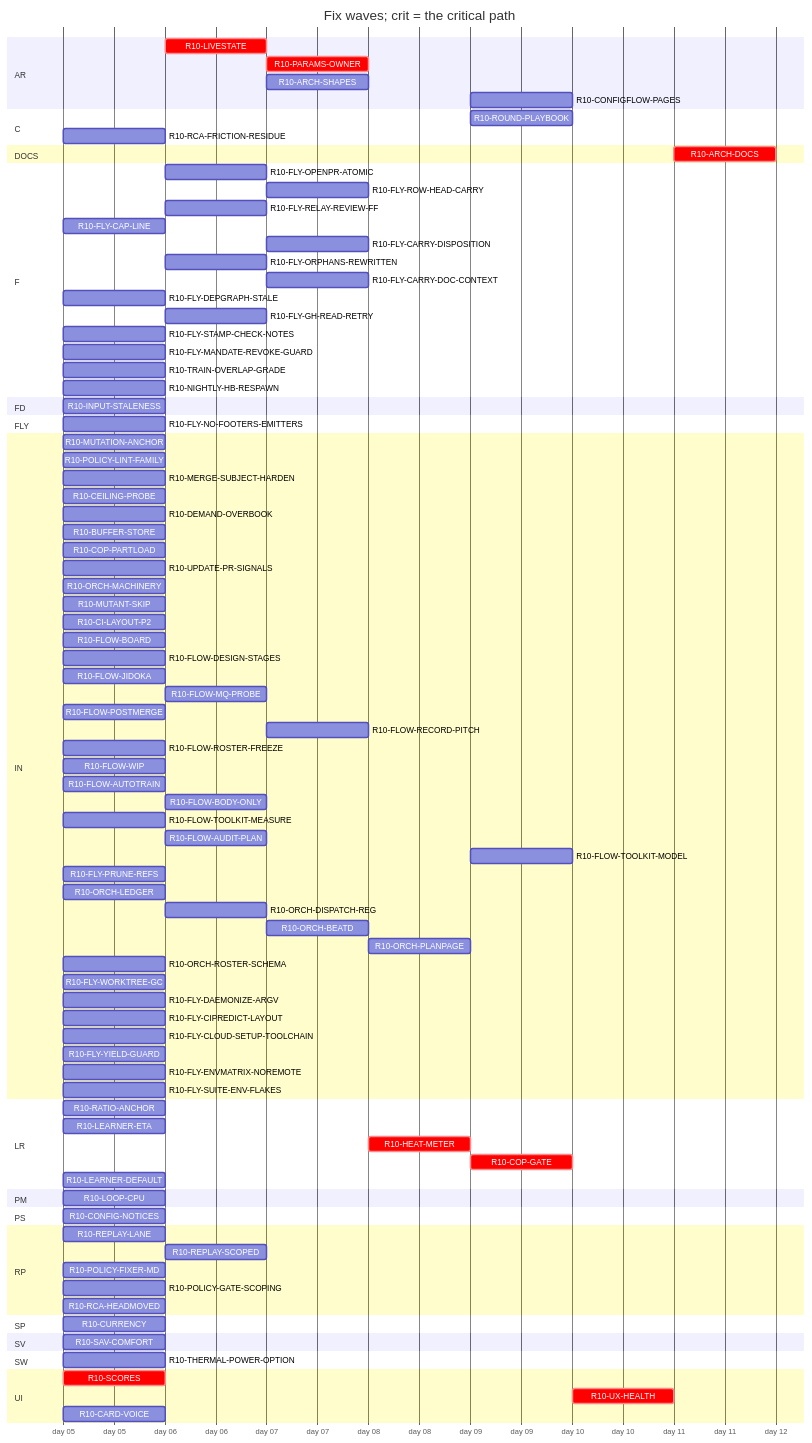
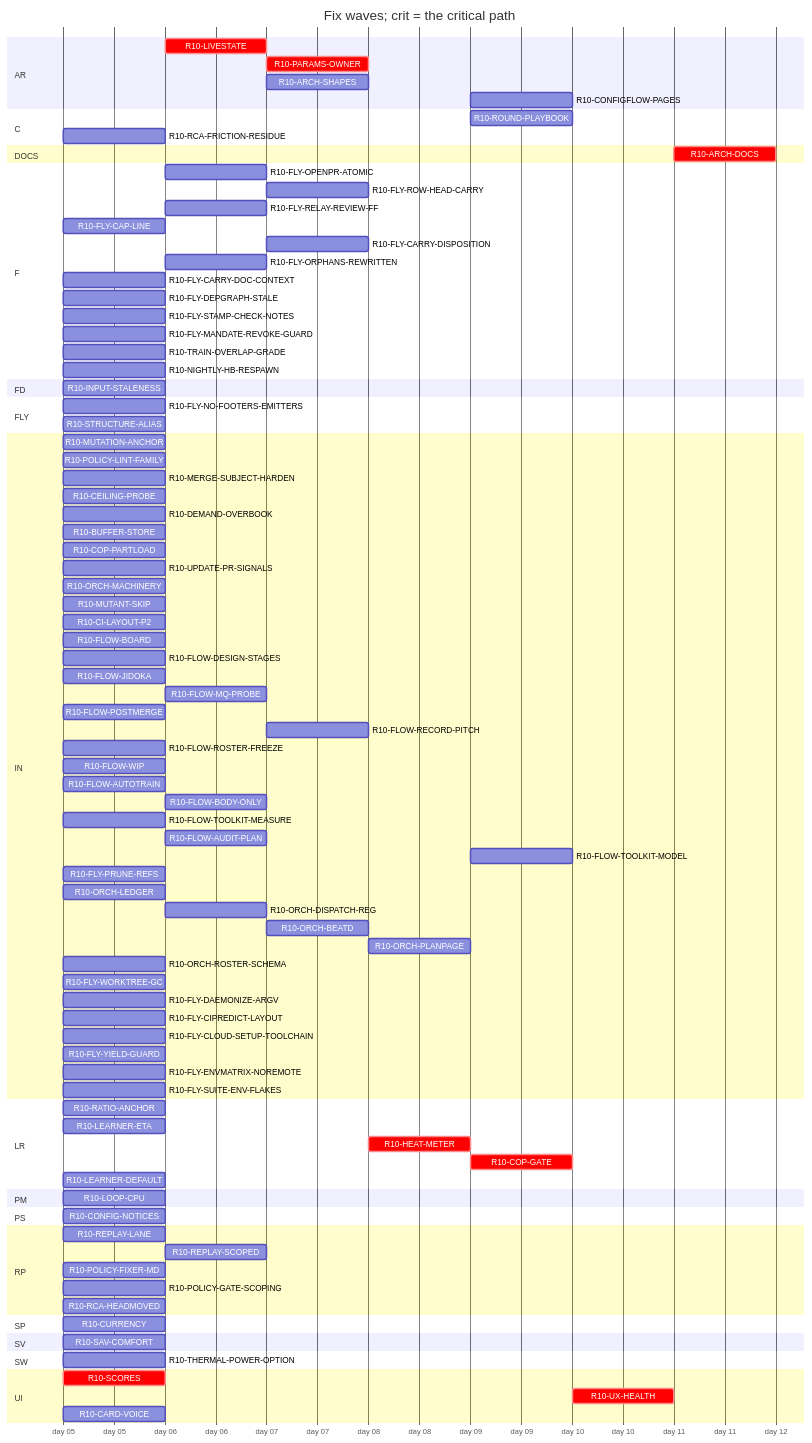
The diagram in handoff/round10/state/PLAN-TABLE.md (tvofi/heatpump_optimizer), drawn with Mermaid before and after one commit. The commit also changed other lines of this file and 2 other files, not shown here.

```diff
--- a/handoff/round10/state/PLAN-TABLE.md
+++ b/handoff/round10/state/PLAN-TABLE.md
@@ -47,9 +47,8 @@
     R10-FLY-CAP-LINE :r10FLYCAPLINE, 2026-01-05, 1d
     R10-FLY-CARRY-DISPOSITION :r10FLYCARRYDISPOSITION, after r10FLYORPHANSREWRITTEN, 1d
     R10-FLY-ORPHANS-REWRITTEN :r10FLYORPHANSREWRITTEN, after r10UPDATEPRSIGNALS, 1d
-    R10-FLY-CARRY-DOC-CONTEXT :r10FLYCARRYDOCCONTEXT, after r10FLYGHREADRETRY, 1d
+    R10-FLY-CARRY-DOC-CONTEXT :r10FLYCARRYDOCCONTEXT, 2026-01-05, 1d
     R10-FLY-DEPGRAPH-STALE :r10FLYDEPGRAPHSTALE, 2026-01-05, 1d
-    R10-FLY-GH-READ-RETRY :r10FLYGHREADRETRY, after r10UPDATEPRSIGNALS, 1d
     R10-FLY-STAMP-CHECK-NOTES :r10FLYSTAMPCHECKNOTES, 2026-01-05, 1d
     R10-FLY-MANDATE-REVOKE-GUARD :r10FLYMANDATEREVOKEGUARD, 2026-01-05, 1d
     R10-TRAIN-OVERLAP-GRADE :r10TRAINOVERLAPGRADE, 2026-01-05, 1d
@@ -58,6 +57,7 @@
     R10-INPUT-STALENESS :r10INPUTSTALENESS, 2026-01-05, 1d
   section FLY
     R10-FLY-NO-FOOTERS-EMITTERS :r10FLYNOFOOTERSEMITTERS, 2026-01-05, 1d
+    R10-STRUCTURE-ALIAS :r10STRUCTUREALIAS, 2026-01-05, 1d
   section IN
     R10-MUTATION-ANCHOR :r10MUTATIONANCHOR, 2026-01-05, 1d
     R10-POLICY-LINT-FAMILY :r10POLICYLINTFAMILY, 2026-01-05, 1d
```
